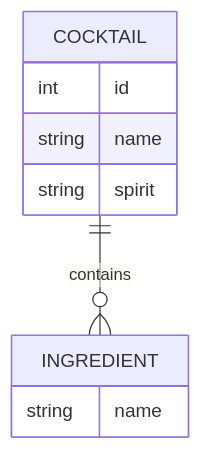
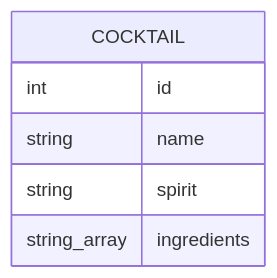
The diagram in docs/architecture/data-model.md (tom-stayner/cocktail-ai-app), drawn with Mermaid before and after one commit. The commit also changed other lines of this file and 5 other files, not shown here.

````diff
--- a/docs/architecture/data-model.md
+++ b/docs/architecture/data-model.md
@@ -31,15 +35,10 @@
 ```mermaid
 erDiagram
 
 COCKTAIL {
     int id
     string name
     string spirit
+    string_array ingredients
 }
-
-INGREDIENT {
-    string name
-}
-
-COCKTAIL ||--o{ INGREDIENT : contains
 ```
````
